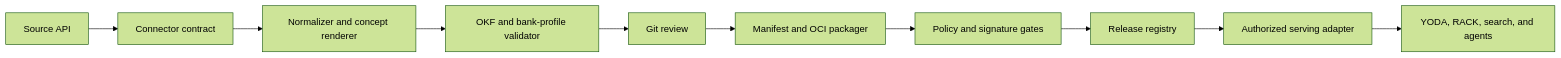
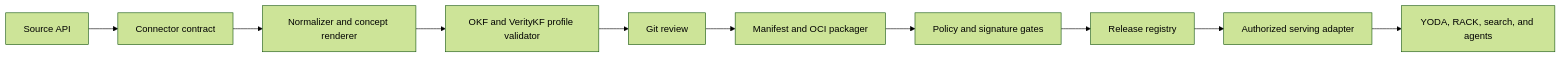
One commit to lalityadav1980/google_okf changed the diagram in docs/09-framework-design.md. Above: the diagram before and after it, drawn with Mermaid (forest theme). The commit also changed other lines of this file and 104 other files, not shown here.

````diff
--- a/docs/09-framework-design.md
+++ b/docs/09-framework-design.md
@@ -15,12 +15,12 @@
 ```mermaid
 flowchart LR
     S[Source API] --> C[Connector contract]
     C --> N[Normalizer and concept renderer]
-    N --> V[OKF and bank-profile validator]
+    N --> V[OKF and VerityKF profile validator]
     V --> G[Git review]
     G --> M[Manifest and OCI packager]
     M --> P[Policy and signature gates]
     P --> R[Release registry]
     R --> A[Authorized serving adapter]
     A --> Y[YODA, RACK, search, and agents]
 ```
````
